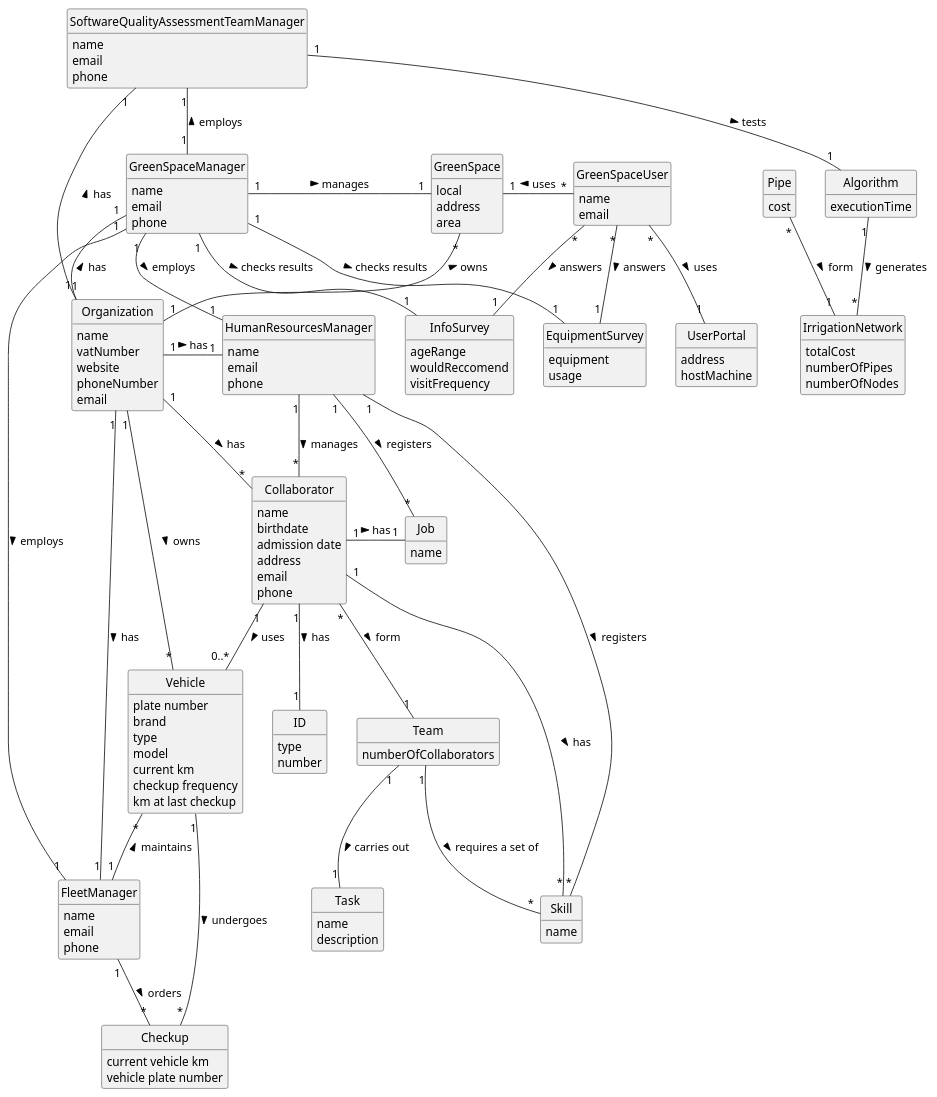
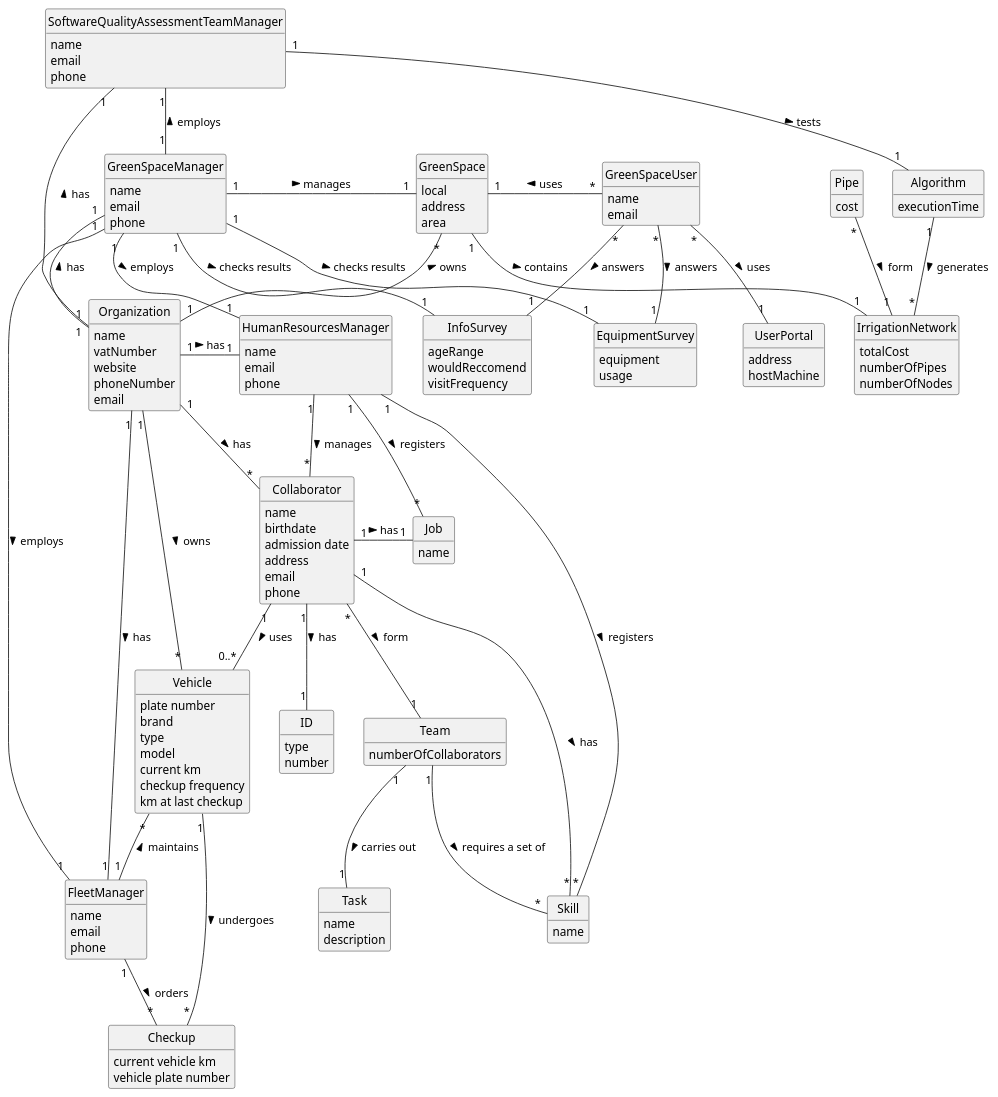
Before and after one commit to Departamento-de-Engenharia-Informatica/lei-24-s2-1dkl-g134: the diagram in docs/sprintB/global-artifacts/02.analysis/puml/project-domain-model.puml, drawn with PlantUML.

Commit message:
Domain model correction

```diff
--- a/docs/sprintB/global-artifacts/02.analysis/puml/project-domain-model.puml
+++ b/docs/sprintB/global-artifacts/02.analysis/puml/project-domain-model.puml
@@ -1,165 +1,166 @@
 @startuml
 skinparam monochrome true
 skinparam packageStyle rectangle
 skinparam shadowing false
 
 skinparam classAttributeIconSize 0
 
 hide circle
 hide methods
 
 class GreenSpace{
     local
     address
     area
 }
 
 class Organization {
     name
     vatNumber
     website
     phoneNumber
     email
 }
 
 class Vehicle {
     plate number
     brand
     type
     model
     current km
     checkup frequency
     km at last checkup
 }
 
 class Checkup {
     current vehicle km
     vehicle plate number
 }
 
 class FleetManager {
     name
     email
     phone
 }
 
 class HumanResourcesManager {
     name
     email
     phone
 }
 
 class GreenSpaceManager {
     name
     email
     phone
 }
 
 class GreenSpaceUser {
     name
     email
 }
 
 class Collaborator {
     name
     birthdate
     admission date
     address
     email
     phone
 }
 
 class ID {
     type
     number
 }
 
 class Job {
     name
 }
 
 class Skill {
     name
 }
 
 class Team {
     numberOfCollaborators
 }
 
 class Task {
     name
     description
 }
 
 class Pipe {
     cost
 }
 
 class IrrigationNetwork {
     totalCost
     numberOfPipes
     numberOfNodes
 }
 
 class SoftwareQualityAssessmentTeamManager {
     name
     email
     phone
 }
 
 class Algorithm {
     executionTime
 }
 
 class EquipmentSurvey {
     equipment
     usage
 }
 
 class InfoSurvey {
     ageRange
     wouldReccomend
     visitFrequency
 }
 
 class UserPortal {
     address
     hostMachine
 }
 
 Organization "1" - "*" Collaborator : has >
 Organization "1" - "1" FleetManager : has >
 Organization "1" - "1" HumanResourcesManager : has >
 Organization "1" -up- "1" GreenSpaceManager : has >
 Organization "1" -up- "1" SoftwareQualityAssessmentTeamManager : has >
 Organization "1" -up- "*" GreenSpace : owns >
 GreenSpaceManager "1" - "1" GreenSpace : manages >
 GreenSpaceManager "1" -down- "1" FleetManager : employs >
 GreenSpaceManager "1" - "1" HumanResourcesManager : employs >
 GreenSpaceManager "1" -up- "1" SoftwareQualityAssessmentTeamManager : employs >
 GreenSpaceUser "*" -left- "1" GreenSpace : uses >
 Organization "1" - "*" Vehicle: owns >
 Vehicle "1" - "*" Checkup: undergoes >
 HumanResourcesManager "1" -down- "*" Collaborator : manages >
 Collaborator "1" -- "0..*" Vehicle : uses >
 HumanResourcesManager "1" -- "*" Skill : registers >
 HumanResourcesManager "1" -- "*" Job : registers >
 Collaborator "1" -- "*" Skill : has >
 Collaborator "1" -right- "1" Job : has >
 Collaborator "1" -- "1" ID : has >
 FleetManager "1" -up- "*" Vehicle : maintains >
 FleetManager "1" -- "*" Checkup : orders >
 Team "1" -- "1" Task : carries out >
 Team "1" -- "*" Skill : requires a set of >
 Collaborator "*" -- "1" Team : form >
 Pipe "*" -- "1" IrrigationNetwork : form >
 Algorithm "1" -- "*" IrrigationNetwork : generates >
 SoftwareQualityAssessmentTeamManager "1" -- "1" Algorithm : tests >
 GreenSpaceUser "*" -- "1" InfoSurvey : answers >
 GreenSpaceUser "*" -- "1" EquipmentSurvey : answers >
 GreenSpaceUser "*" -- "1" UserPortal : uses >
 GreenSpaceManager "1" - "1" InfoSurvey : checks results >
 GreenSpaceManager "1" - "1" EquipmentSurvey : checks results >
+GreenSpace "1"-"1" IrrigationNetwork : contains >
 
 
 @enduml
```
